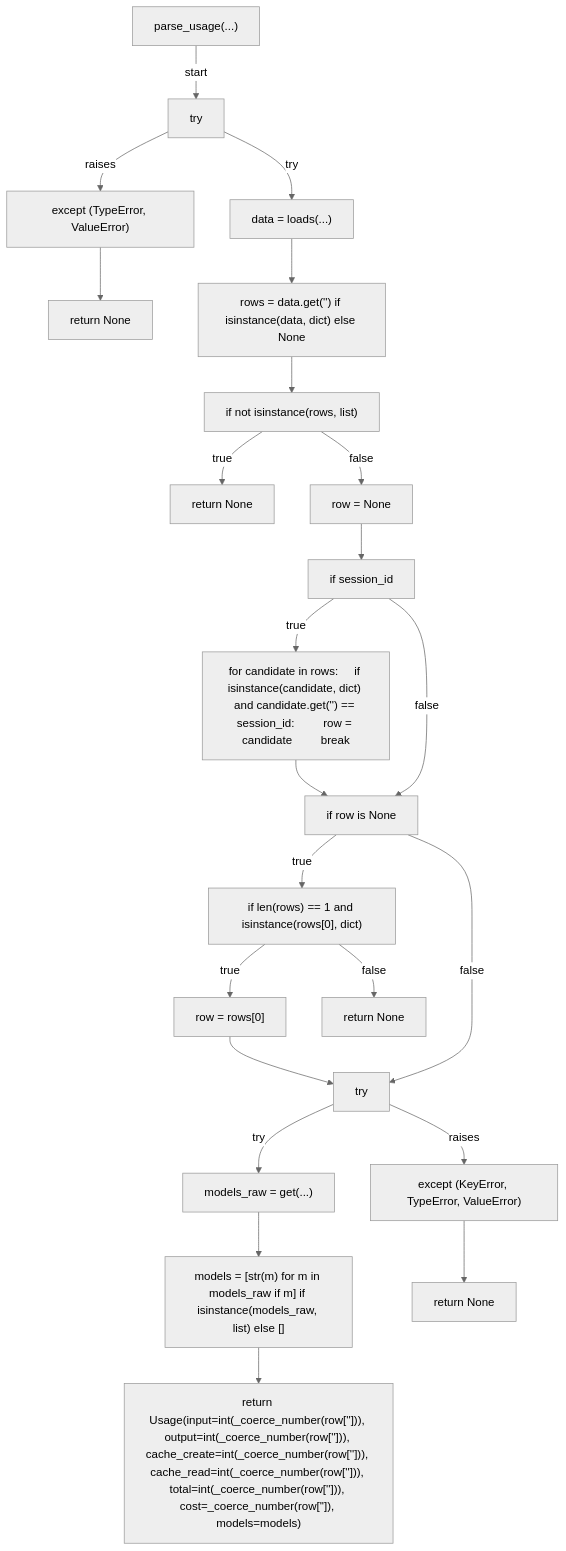
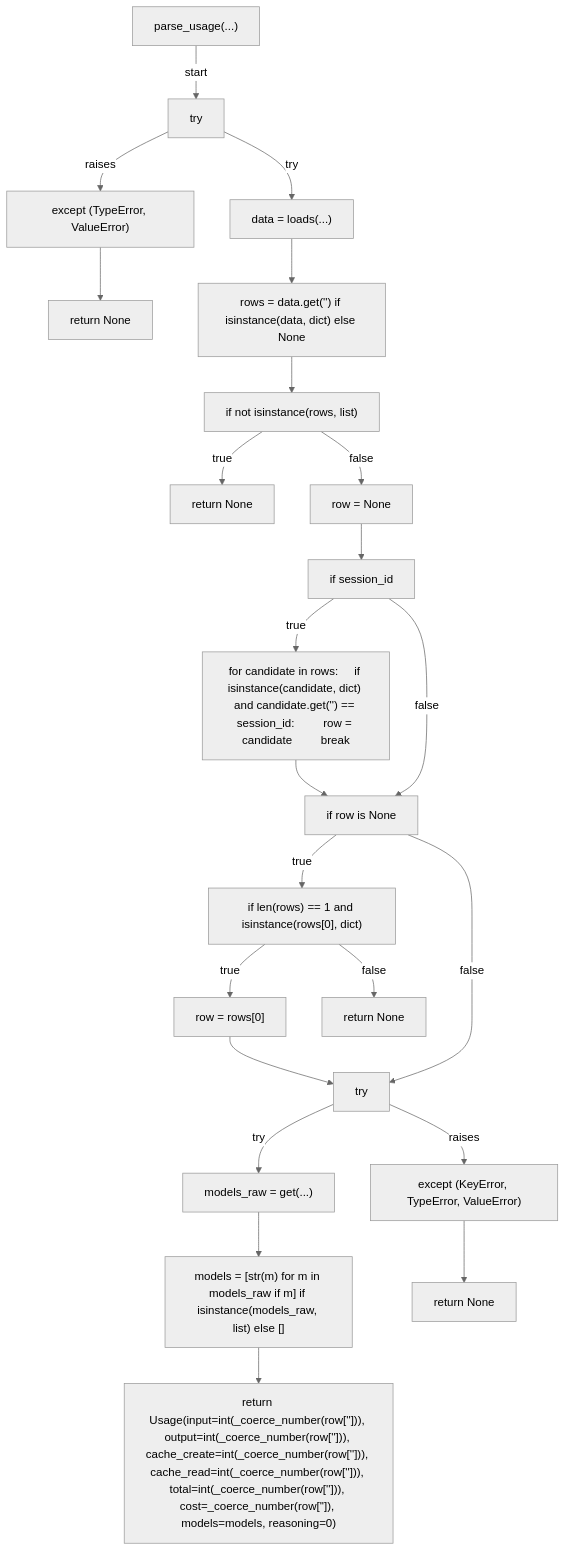
Before and after one commit to tvna/claude-md: the third of 19 diagrams in docs/generated/scripts/ast/session_resource_report.md, drawn with Mermaid (neutral theme). The commit also changed other lines of this file, not shown here.

First line of the commit message:
docs(generated): regenerate decision tree and workflow diagrams

````diff
--- a/docs/generated/scripts/ast/session_resource_report.md
+++ b/docs/generated/scripts/ast/session_resource_report.md
@@ -53,46 +53,46 @@
 ```mermaid
 flowchart TD
     N001["parse_usage(...)"]
     N002["try"]
     N003["data = loads(...)"]
     N004["except (TypeError, ValueError)"]
     N005["return None"]
     N006["rows = data.get('<str>') if isinstance(data, dict) else None"]
     N007["if not isinstance(rows, list)"]
     N008["return None"]
     N009["row = None"]
     N010["if session_id"]
     N011["for candidate in rows:     if isinstance(candidate, dict) and candidate.get('<str>') == session_id:         row = candidate         break"]
     N012["if row is None"]
     N013["if len(rows) == 1 and isinstance(rows[0], dict)"]
     N014["row = rows[0]"]
     N015["return None"]
     N016["try"]
     N017["models_raw = get(...)"]
     N018["models = [str(m) for m in models_raw if m] if isinstance(models_raw, list) else []"]
-    N019["return Usage(input=int(_coerce_number(row['<str>'])), output=int(_coerce_number(row['<str>'])), cache_create=int(_coerce_number(row['<str>'])), cache_read=int(_coerce_number(row['<str>'])), total=int(_coerce_number(row['<str>'])), cost=_coerce_number(row['<str>']), models=models)"]
+    N019["return Usage(input=int(_coerce_number(row['<str>'])), output=int(_coerce_number(row['<str>'])), cache_create=int(_coerce_number(row['<str>'])), cache_read=int(_coerce_number(row['<str>'])), total=int(_coerce_number(row['<str>'])), cost=_coerce_number(row['<str>']), models=models, reasoning=0)"]
     N020["except (KeyError, TypeError, ValueError)"]
     N021["return None"]
     N001 -->|"start"| N002
     N002 -->|"try"| N003
     N002 -->|"raises"| N004
     N004 --> N005
     N003 --> N006
     N006 --> N007
     N007 -->|"true"| N008
     N007 -->|"false"| N009
     N009 --> N010
     N010 -->|"true"| N011
     N011 --> N012
     N010 -->|"false"| N012
     N012 -->|"true"| N013
     N013 -->|"true"| N014
     N013 -->|"false"| N015
     N014 --> N016
     N012 -->|"false"| N016
     N016 -->|"try"| N017
     N017 --> N018
     N018 --> N019
     N016 -->|"raises"| N020
     N020 --> N021
 ```
````
